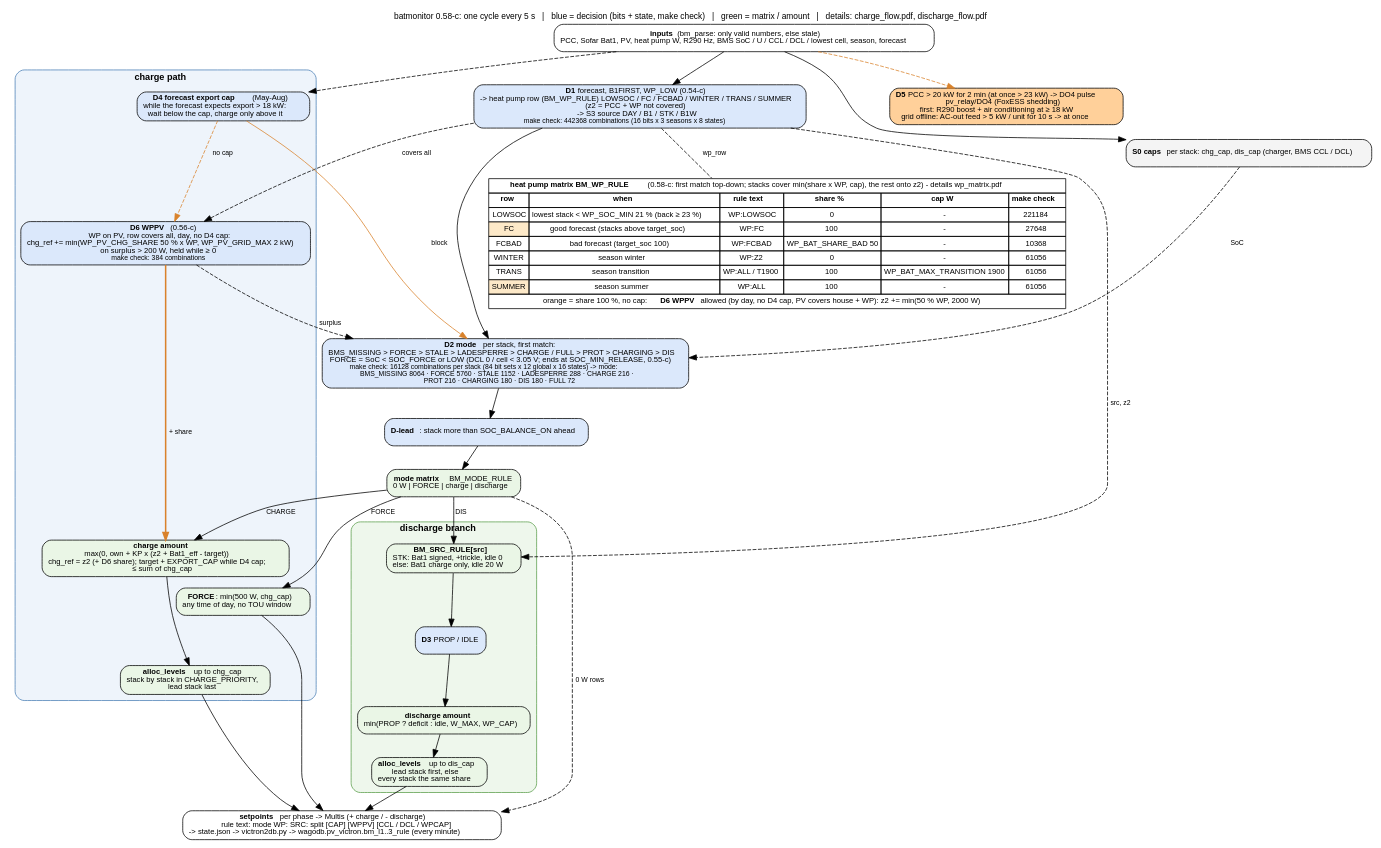
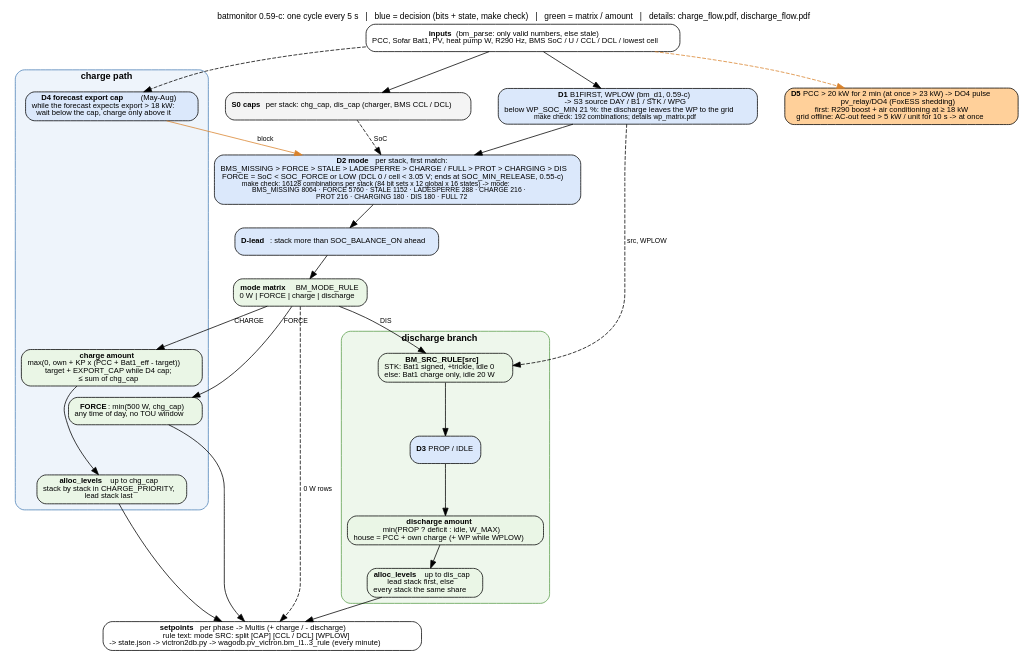
Before and after one commit to gerontec/victron: the diagram in docs/control_flow.dot, drawn with Graphviz. The commit also changed 23 other files, not shown here.

First line of the commit message:
batmonitor 0.59-c: PCC near 0 in every season - removed the Z2 winter rule, the transition cap, the forecast rule with its bad-forecast cap, WPPV, WP_CAP and B1W; kept WP_SOC_MIN (21 %) as a discharge-only rule (WPLOW, SRC WPG at night)

```diff
--- a/docs/control_flow.dot
+++ b/docs/control_flow.dot
@@ -1,72 +1,54 @@
-// batmonitor 0.58-c: overview of one cycle - a common trunk, then one charge path and one discharge branch.
+// batmonitor 0.59-c: overview of one cycle - a common trunk, then one charge path and one discharge branch.
 // Details: charge_flow.pdf (charge path, peak window) and discharge_flow.pdf (discharge matrix, CBMC coverage).
 // render: dot -Tpdf control_flow.dot -o control_flow.pdf   (or -Tpng)
 digraph control {
 	graph [rankdir=TB, fontname="Helvetica", fontsize=11, nodesep=0.5, ranksep=0.4, newrank=true,
-		   label="batmonitor 0.58-c: one cycle every 5 s   |   blue = decision (bits + state, make check)   |   green = matrix / amount   |   details: charge_flow.pdf, discharge_flow.pdf",
+		   label="batmonitor 0.59-c: one cycle every 5 s   |   blue = decision (bits + state, make check)   |   green = matrix / amount   |   details: charge_flow.pdf, discharge_flow.pdf",
 		   labelloc=t];
 	node [shape=box, style="rounded,filled", fillcolor="#f4f4f4", fontname="Helvetica", fontsize=10];
 	edge [fontname="Helvetica", fontsize=9];
 
-	in [label=<<b>inputs</b> (bm_parse: only valid numbers, else stale)<br/>PCC, Sofar Bat1, PV, heat pump W, R290 Hz, BMS SoC / U / CCL / DCL / lowest cell, season, forecast>, fillcolor="#ffffff"];
-	d1 [label=<<b>D1</b> forecast, B1FIRST, WP_LOW (0.54-c)<br/>-&gt; heat pump row (BM_WP_RULE) LOWSOC / FC / FCBAD / WINTER / TRANS / SUMMER<br/>(z2 = PCC + WP not covered)<br/>-&gt; S3 source DAY / B1 / STK / B1W<br/><font point-size="9">make check: 442368 combinations (16 bits x 3 seasons x 8 states)</font>>, fillcolor="#dbe8fb"];
-	wpm [shape=plain, label=<
-			<table border="0" cellborder="1" cellspacing="0" cellpadding="3" bgcolor="#ffffff">
-			<tr><td colspan="6"><b>heat pump matrix BM_WP_RULE</b> (0.58-c: first match top-down; stacks cover min(share x WP, cap), the rest onto z2) - details wp_matrix.pdf</td></tr>
-			<tr><td><b>row</b></td><td><b>when</b></td><td><b>rule text</b></td><td><b>share %</b></td><td><b>cap W</b></td><td><b>make check</b></td></tr>
-			<tr><td>LOWSOC</td><td>lowest stack &lt; WP_SOC_MIN 21 % (back &ge; 23 %)</td><td>WP:LOWSOC</td><td>0</td><td>-</td><td>221184</td></tr>
-			<tr><td bgcolor="#fde9c8">FC</td><td>good forecast (stacks above target_soc)</td><td>WP:FC</td><td>100</td><td>-</td><td>27648</td></tr>
-			<tr><td>FCBAD</td><td>bad forecast (target_soc 100)</td><td>WP:FCBAD</td><td>WP_BAT_SHARE_BAD 50</td><td>-</td><td>10368</td></tr>
-			<tr><td>WINTER</td><td>season winter</td><td>WP:Z2</td><td>0</td><td>-</td><td>61056</td></tr>
-			<tr><td>TRANS</td><td>season transition</td><td>WP:ALL / T1900</td><td>100</td><td>WP_BAT_MAX_TRANSITION 1900</td><td>61056</td></tr>
-			<tr><td bgcolor="#fde9c8">SUMMER</td><td>season summer</td><td>WP:ALL</td><td>100</td><td>-</td><td>61056</td></tr>
-			<tr><td colspan="6">orange = share 100 %, no cap: <b>D6 WPPV</b> allowed (by day, no D4 cap, PV covers house + WP): z2 += min(50 % WP, 2000 W)</td></tr>
-			</table>>];
+	in [label=<<b>inputs</b> (bm_parse: only valid numbers, else stale)<br/>PCC, Sofar Bat1, PV, heat pump W, R290 Hz, BMS SoC / U / CCL / DCL / lowest cell>, fillcolor="#ffffff"];
+	d1 [label=<<b>D1</b> B1FIRST, WPLOW (bm_d1, 0.59-c)<br/>-&gt; S3 source DAY / B1 / STK / WPG<br/>below WP_SOC_MIN 21 %: the discharge leaves the WP to the grid<br/><font point-size="9">make check: 192 combinations; details wp_matrix.pdf</font>>, fillcolor="#dbe8fb"];
 	gates [label=<<b>S0 caps</b> per stack: chg_cap, dis_cap (charger, BMS CCL / DCL)>];
 	d2 [label=<<b>D2 mode</b> per stack, first match:<br/>BMS_MISSING &gt; FORCE &gt; STALE &gt; LADESPERRE &gt; CHARGE / FULL &gt; PROT &gt; CHARGING &gt; DIS<br/>FORCE = SoC &lt; SOC_FORCE or LOW (DCL 0 / cell &lt; 3.05 V; ends at SOC_MIN_RELEASE, 0.55-c)<br/><font point-size="9">make check: 16128 combinations per stack (84 bit sets x 12 global x 16 states) -&gt; mode:<br/>BMS_MISSING 8064 · FORCE 5760 · STALE 1152 · LADESPERRE 288 · CHARGE 216 ·<br/>PROT 216 · CHARGING 180 · DIS 180 · FULL 72</font>>, fillcolor="#dbe8fb"];
 	lead [label=<<b>D-lead</b>: stack more than SOC_BALANCE_ON ahead>, fillcolor="#dbe8fb"];
 	mode [label=<<b>mode matrix</b> BM_MODE_RULE<br/>0 W | FORCE | charge | discharge>, fillcolor="#eaf6e6", shape=box];
 
 	subgraph cluster_charge {
 		label=<<b>charge path</b>>; style="rounded,filled"; fillcolor="#eef4fb"; color="#4a7fb5"; fontsize=12;
 		d4 [label=<<b>D4 forecast export cap</b> (May-Aug)<br/>while the forecast expects export &gt; 18 kW:<br/>wait below the cap, charge only above it>, fillcolor="#dbe8fb"];
-		d6 [label=<<b>D6 WPPV</b> (0.56-c)<br/>WP on PV, row covers all, day, no D4 cap:<br/>chg_ref += min(WP_PV_CHG_SHARE 50 % x WP, WP_PV_GRID_MAX 2 kW)<br/>on surplus &gt; 200 W, held while &ge; 0<br/><font point-size="9">make check: 384 combinations</font>>, fillcolor="#dbe8fb"];
 		cforce [label=<<b>FORCE</b>: min(500 W, chg_cap)<br/>any time of day, no TOU window>, fillcolor="#eaf6e6"];
-		camount [label=<<b>charge amount</b><br/>max(0, own + KP x (z2 + Bat1_eff - target))<br/>chg_ref = z2 (+ D6 share); target + EXPORT_CAP while D4 cap;<br/>&le; sum of chg_cap>, fillcolor="#eaf6e6"];
+		camount [label=<<b>charge amount</b><br/>max(0, own + KP x (PCC + Bat1_eff - target))<br/>target + EXPORT_CAP while D4 cap;<br/>&le; sum of chg_cap>, fillcolor="#eaf6e6"];
 		csplit [label=<<b>alloc_levels</b> up to chg_cap<br/>stack by stack in CHARGE_PRIORITY,<br/>lead stack last>, fillcolor="#eaf6e6"];
 		camount -> csplit;
 	}
 
 	subgraph cluster_dis {
 		label=<<b>discharge branch</b>>; style="rounded,filled"; fillcolor="#eef7ec"; color="#5a9e4b"; fontsize=12;
 		src [label=<<b>BM_SRC_RULE[src]</b><br/>STK: Bat1 signed, +trickle, idle 0<br/>else: Bat1 charge only, idle 20 W>, fillcolor="#eaf6e6"];
 		d3 [label=<<b>D3</b> PROP / IDLE>, fillcolor="#dbe8fb"];
-		damount [label=<<b>discharge amount</b><br/>min(PROP ? deficit : idle, W_MAX, WP_CAP)>, fillcolor="#eaf6e6"];
+		damount [label=<<b>discharge amount</b><br/>min(PROP ? deficit : idle, W_MAX)<br/>house = PCC + own charge (+ WP while WPLOW)>, fillcolor="#eaf6e6"];
 		dsplit [label=<<b>alloc_levels</b> up to dis_cap<br/>lead stack first, else<br/>every stack the same share>, fillcolor="#eaf6e6"];
 		src -> d3 -> damount -> dsplit;
 	}
 
 	d5 [label=<<b>D5</b> PCC &gt; 20 kW for 2 min (at once &gt; 23 kW) -&gt; DO4 pulse<br/>pv_relay/DO4 (FoxESS shedding)<br/>first: R290 boost + air conditioning at &ge; 18 kW<br/>grid offline: AC-out feed &gt; 5 kW / unit for 10 s -&gt; at once>, fillcolor="#ffd09a"];
-	out [label=<<b>setpoints</b> per phase -&gt; Multis (+ charge / - discharge)<br/>rule text: mode WP: SRC: split [CAP] [WPPV] [CCL / DCL / WPCAP]<br/>-&gt; state.json -&gt; victron2db.py -&gt; wagodb.pv_victron.bm_l1..3_rule (every minute)>, fillcolor="#ffffff"];
+	out [label=<<b>setpoints</b> per phase -&gt; Multis (+ charge / - discharge)<br/>rule text: mode SRC: split [CAP] [CCL / DCL] [WPLOW]<br/>-&gt; state.json -&gt; victron2db.py -&gt; wagodb.pv_victron.bm_l1..3_rule (every minute)>, fillcolor="#ffffff"];
 
 	in -> d1 -> d2;
-	d1 -> wpm [style=dashed, arrowhead=none, label=" wp_row"];
-	d1 -> d6 [style=dashed, label=" covers all"];
-	d4 -> d6 [style=dashed, color="#d9822b", label=" no cap"];
-	d6 -> camount [color="#d9822b", penwidth=2, label=" + share"];
-	d6 -> d2 [style=dashed, label=" surplus"];
 	in -> gates;
 	gates -> d2 [style=dashed, label=" SoC"];
 	d2 -> lead -> mode;
 	mode -> cforce [label=" FORCE"];
 	mode -> camount [label=" CHARGE"];
 	mode -> src [label=" DIS"];
 	mode -> out [label=" 0 W rows", style=dashed];
 	d4 -> d2 [color="#d9822b", label=" block"];
 	in -> d4 [style=dashed];
 	in -> d5 [style=dashed, color="#d9822b"];
-	d1 -> src [style=dashed, label=" src, z2"];
+	d1 -> src [style=dashed, label=" src, WPLOW"];
 	cforce -> out;
 	csplit -> out;
 	dsplit -> out;
 }
```
